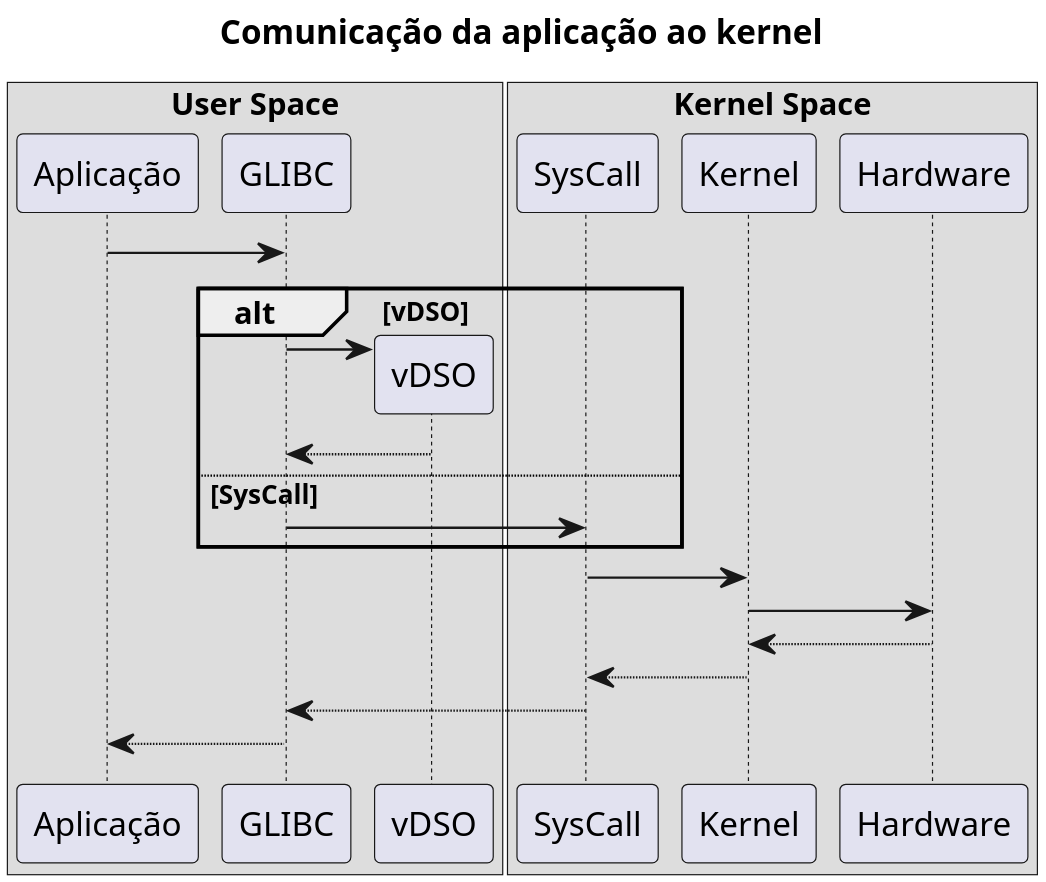
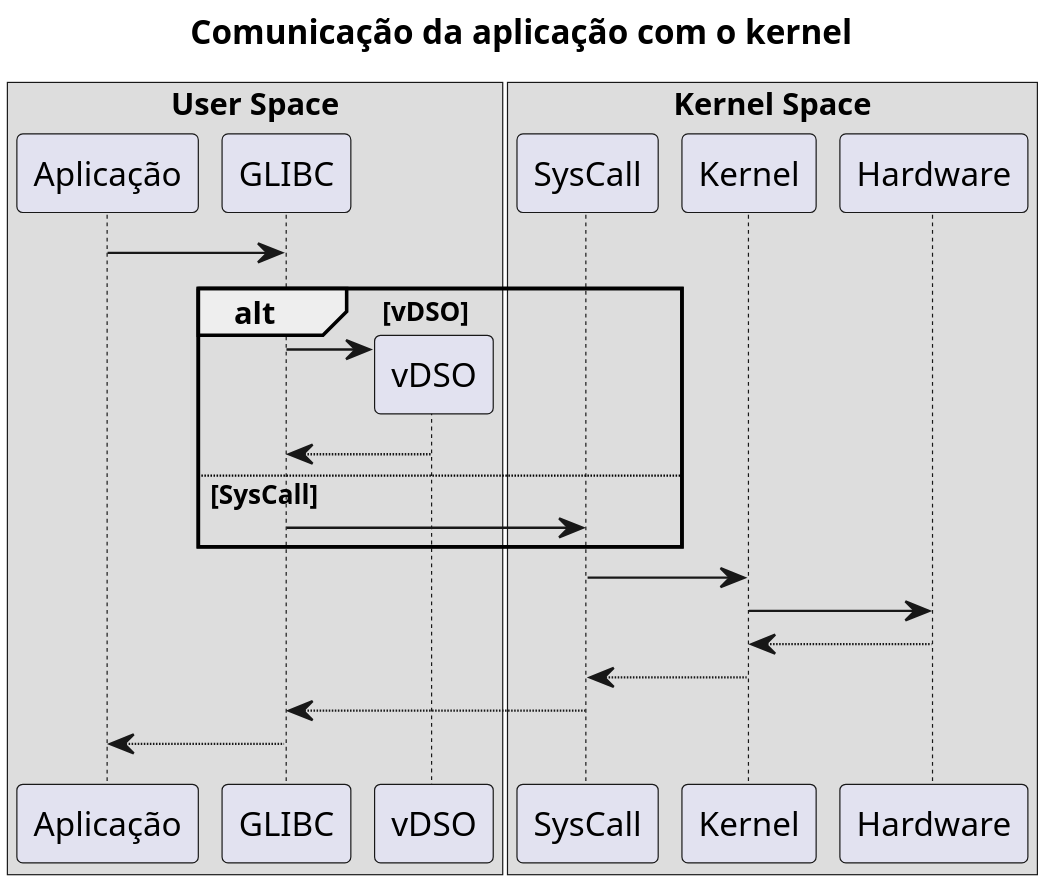
The diagram in resources/plantuml/kernel-comm.puml (fabioluciano/containers-for-anxious-people), drawn with PlantUML before and after one commit. The commit also changed 9 other files, not shown here.

```diff
--- a/resources/plantuml/kernel-comm.puml
+++ b/resources/plantuml/kernel-comm.puml
@@ -1,36 +1,36 @@
 @startuml
 skinparam dpi 300
 
-title Comunicação da aplicação ao kernel
+title Comunicação da aplicação com o kernel
 
 box "User Space"
   participant Aplicação
   participant GLIBC
   participant vDSO
 end box
 
 box "Kernel Space"
   participant SysCall
   participant Kernel
   participant Hardware
 end box
 
 
 Aplicação -> GLIBC
 alt vDSO
   create vDSO
   GLIBC -> vDSO
   vDSO --> GLIBC
 else SysCall
   GLIBC -> SysCall
 end
   SysCall -> Kernel
   Kernel -> Hardware
 
   Hardware --> Kernel
   Kernel --> SysCall
   SysCall --> GLIBC
   GLIBC --> Aplicação
 
 
 @enduml
```
